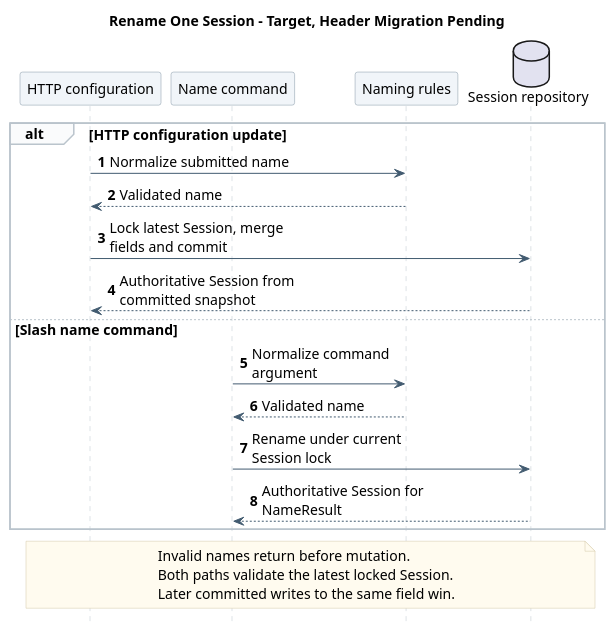
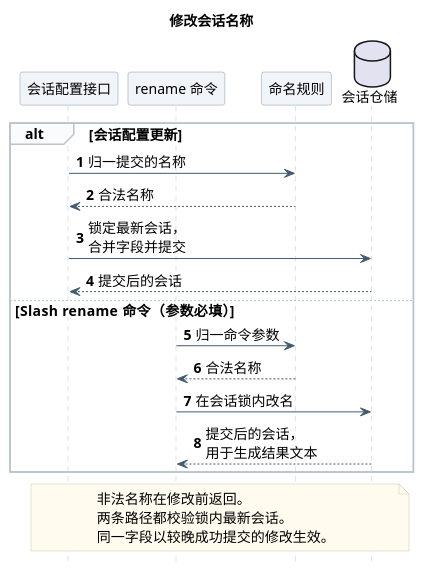
Before and after one commit to ssm0808/pi-mono-java-design: the second of 3 diagrams in 01-总体架构/04-CampusClaw命令系统/01-内置命令/diagram.puml, drawn with PlantUML. The commit also changed other lines of this file and 71 other files, not shown here.

First line of the commit message:
Align Slash command interfaces with the agreed design

```diff
--- a/01-总体架构/04-CampusClaw命令系统/01-内置命令/diagram.puml
+++ b/01-总体架构/04-CampusClaw命令系统/01-内置命令/diagram.puml
@@ -61,48 +60,49 @@
 @startuml session_name_update
 ' Source evidence: pi-mono-java@09b32d8ea4a4b43b34be302d8b2745bdc417c9a2.
 ' modules/coding-agent-cli/src/main/java/com/campusclaw/codingagent/runtimeapi/service/command/SessionNamingService.java :: execute, normalizeName.
 ' modules/coding-agent-cli/src/main/java/com/campusclaw/codingagent/runtimeapi/session/RuntimeSessionConfigurationService.java :: requireMutableSession.
 ' modules/coding-agent-cli/src/main/java/com/campusclaw/codingagent/runtimeapi/persistence/RuntimeSessionRepository.java :: updateName.
 ' Observed behavior: slash name owns an independent row-locked update with no expected version.
 ' Observed behavior at 53eff85c: runtimeapi/session/RuntimeSessionUpdateService.java update and normalizeName share ClawConstants.Session rules and commit a combined candidate.
 ' Design reason: shared name rules do not require HTTP to call a separately committing command.
+' 待实现：命令名由 name 改为 rename，参数必填，成功只返回文本。
 ' Presentation: one responsibility-level scenario; implementation details remain in the linked document.
 skinparam backgroundColor white
 skinparam defaultFontName SansSerif
 skinparam defaultFontSize 14
 skinparam shadowing false
 skinparam sequenceMessageAlign left
 skinparam maxMessageSize 180
 skinparam sequenceArrowColor #425B70
 skinparam sequenceLifeLineBorderColor #BAC4CC
 skinparam sequenceParticipantBackgroundColor #F1F5F9
 skinparam sequenceParticipantBorderColor #8496A4
 skinparam sequenceGroupBackgroundColor #FAFBFC
 skinparam sequenceGroupBorderColor #BAC4CC
 skinparam noteBackgroundColor #FFFBEF
 skinparam noteBorderColor #D2C6A5
 hide footbox
 autonumber
 
-title Rename One Session - Target, Header Migration Pending
-participant "HTTP configuration" as API
-participant "Name command" as Command
-participant "Naming rules" as Rules
-database "Session repository" as Repo
-alt HTTP configuration update
-  API -> Rules : Normalize submitted name
-  Rules --> API : Validated name
-  API -> Repo : Lock latest Session, merge fields and commit
-  Repo --> API : Authoritative Session from committed snapshot
-else Slash name command
-  Command -> Rules : Normalize command argument
-  Rules --> Command : Validated name
-  Command -> Repo : Rename under current Session lock
-  Repo --> Command : Authoritative Session for NameResult
+title 修改会话名称
+participant "会话配置接口" as API
+participant "rename 命令" as Command
+participant "命名规则" as Rules
+database "会话仓储" as Repo
+alt 会话配置更新
+  API -> Rules : 归一提交的名称
+  Rules --> API : 合法名称
+  API -> Repo : 锁定最新会话，合并字段并提交
+  Repo --> API : 提交后的会话
+else Slash rename 命令（参数必填）
+  Command -> Rules : 归一命令参数
+  Rules --> Command : 合法名称
+  Command -> Repo : 在会话锁内改名
+  Repo --> Command : 提交后的会话，用于生成结果文本
 end
 note over API,Repo
-  Invalid names return before mutation.
-  Both paths validate the latest locked Session.
-  Later committed writes to the same field win.
+  非法名称在修改前返回。
+  两条路径都校验锁内最新会话。
+  同一字段以较晚成功提交的修改生效。
 end note
 @enduml
```
